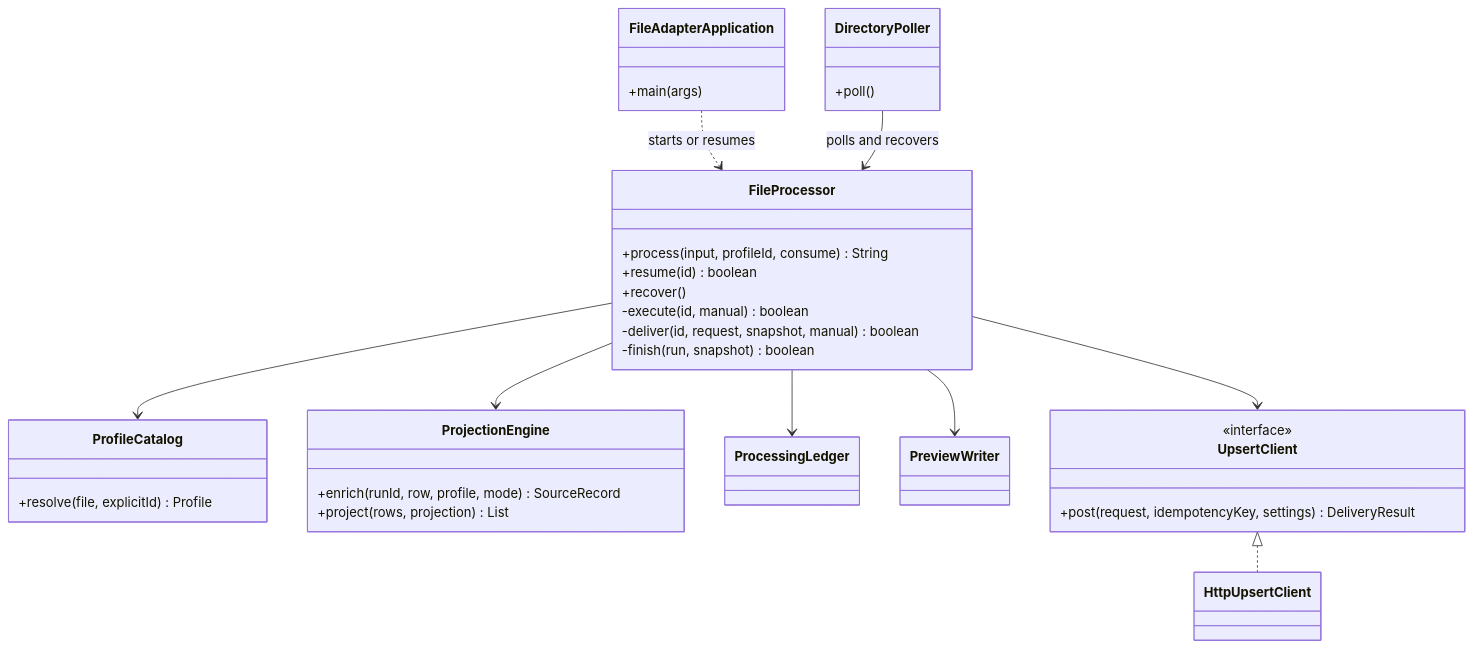
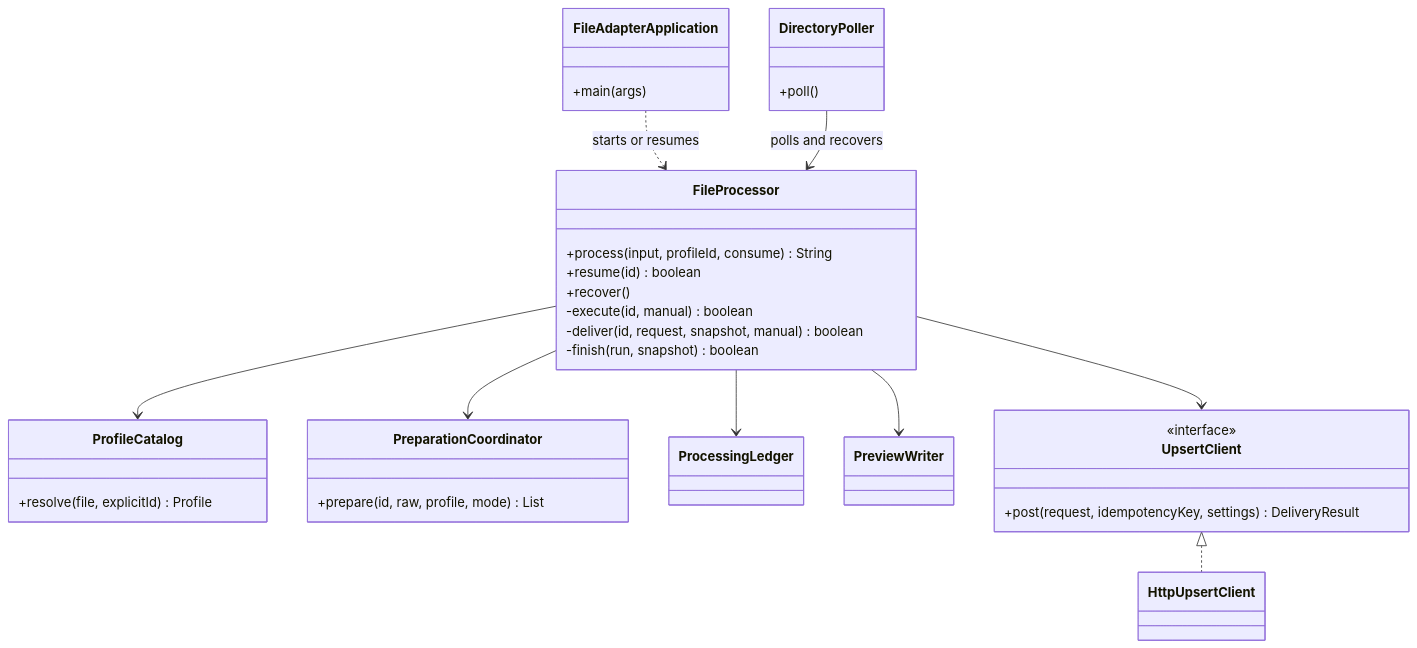
The fourth of 11 diagrams in docs/runtime-diagrams.md (jenbrick/fileadapter), drawn with Mermaid before and after one commit. The commit also changed other lines of this file and 73 other files, not shown here.

````diff
--- a/docs/runtime-diagrams.md
+++ b/docs/runtime-diagrams.md
@@ -191,40 +191,39 @@
 ```mermaid
 classDiagram
     direction TB
     class FileAdapterApplication {
         +main(args)
     }
     class DirectoryPoller {
         +poll()
     }
     class FileProcessor {
         +process(input, profileId, consume) String
         +resume(id) boolean
         +recover()
         -execute(id, manual) boolean
         -deliver(id, request, snapshot, manual) boolean
         -finish(run, snapshot) boolean
     }
     class ProfileCatalog {
         +resolve(file, explicitId) Profile
     }
-    class ProjectionEngine {
-        +enrich(runId, row, profile, mode) SourceRecord
-        +project(rows, projection) List
+    class PreparationCoordinator {
+        +prepare(id, raw, profile, mode) List
     }
     class ProcessingLedger
     class PreviewWriter
     class UpsertClient {
         <<interface>>
         +post(request, idempotencyKey, settings) DeliveryResult
     }
     class HttpUpsertClient
     FileAdapterApplication ..> FileProcessor : starts or resumes
     DirectoryPoller --> FileProcessor : polls and recovers
     FileProcessor --> ProfileCatalog
-    FileProcessor --> ProjectionEngine
+    FileProcessor --> PreparationCoordinator
     FileProcessor --> ProcessingLedger
     FileProcessor --> PreviewWriter
     FileProcessor --> UpsertClient
     UpsertClient <|.. HttpUpsertClient
 ```
````
